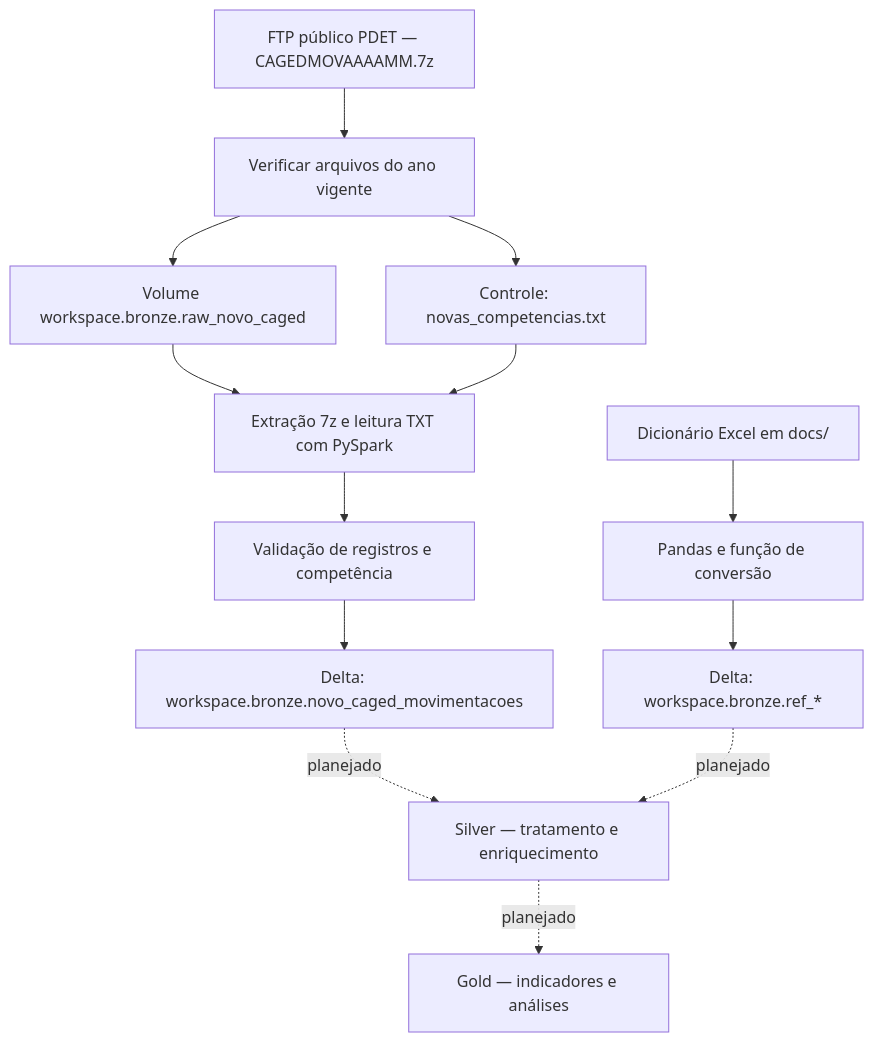
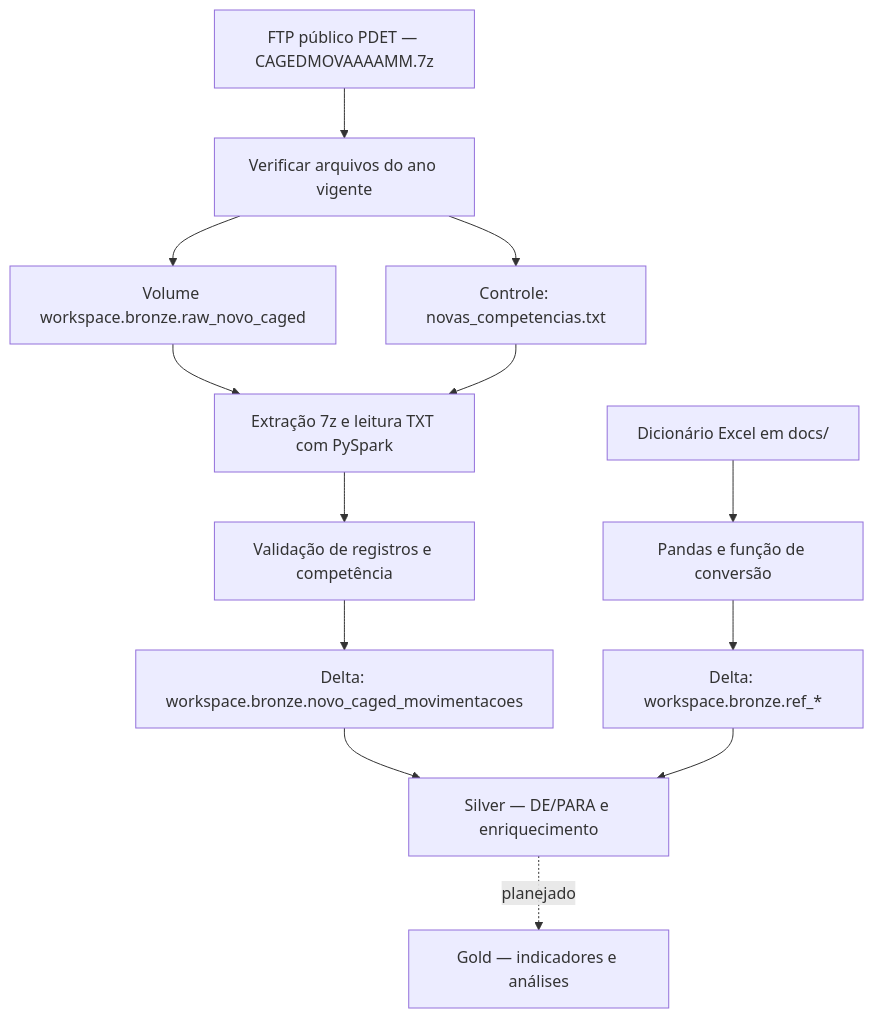
The diagram in README.md (FernandaCarnevalle/mba-novo-caged-data-engineering-free-edition), drawn with Mermaid before and after one commit. The commit also changed other lines of this file, not shown here.

Commit message:
docs: atualiza README com seção DE/PARA e referências a novos artefatos

````diff
--- a/README.md
+++ b/README.md
@@ -22,15 +49,15 @@
 ```mermaid
 flowchart TD
     A["FTP público PDET — CAGEDMOVAAAAMM.7z"] --> B["Verificar arquivos do ano vigente"]
     B --> C["Volume workspace.bronze.raw_novo_caged"]
     B --> D["Controle: novas_competencias.txt"]
     C --> E["Extração 7z e leitura TXT com PySpark"]
     D --> E
     E --> F["Validação de registros e competência"]
     F --> G["Delta: workspace.bronze.novo_caged_movimentacoes"]
     H["Dicionário Excel em docs/"] --> I["Pandas e função de conversão"]
     I --> J["Delta: workspace.bronze.ref_*"]
-    G -. "planejado" .-> K["Silver — tratamento e enriquecimento"]
-    J -. "planejado" .-> K
+    G --> K["Silver — DE/PARA e enriquecimento"]
+    J --> K
     K -. "planejado" .-> L["Gold — indicadores e análises"]
 ```
````
